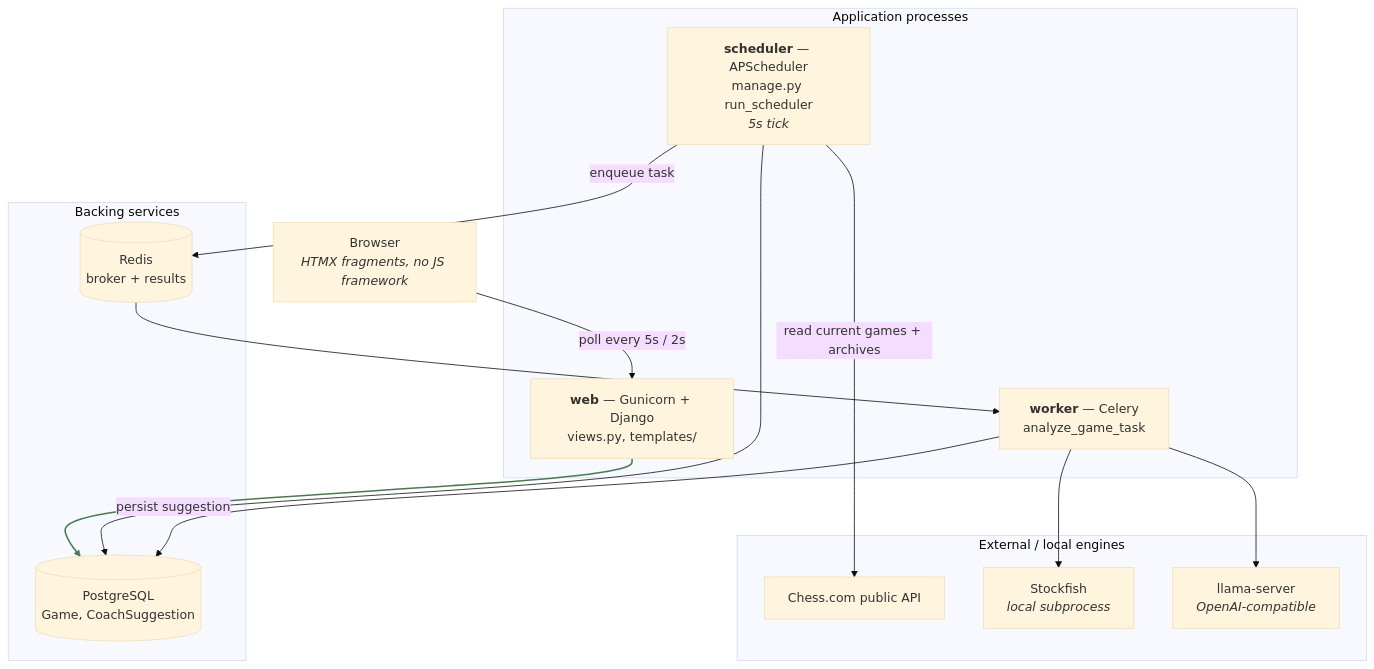
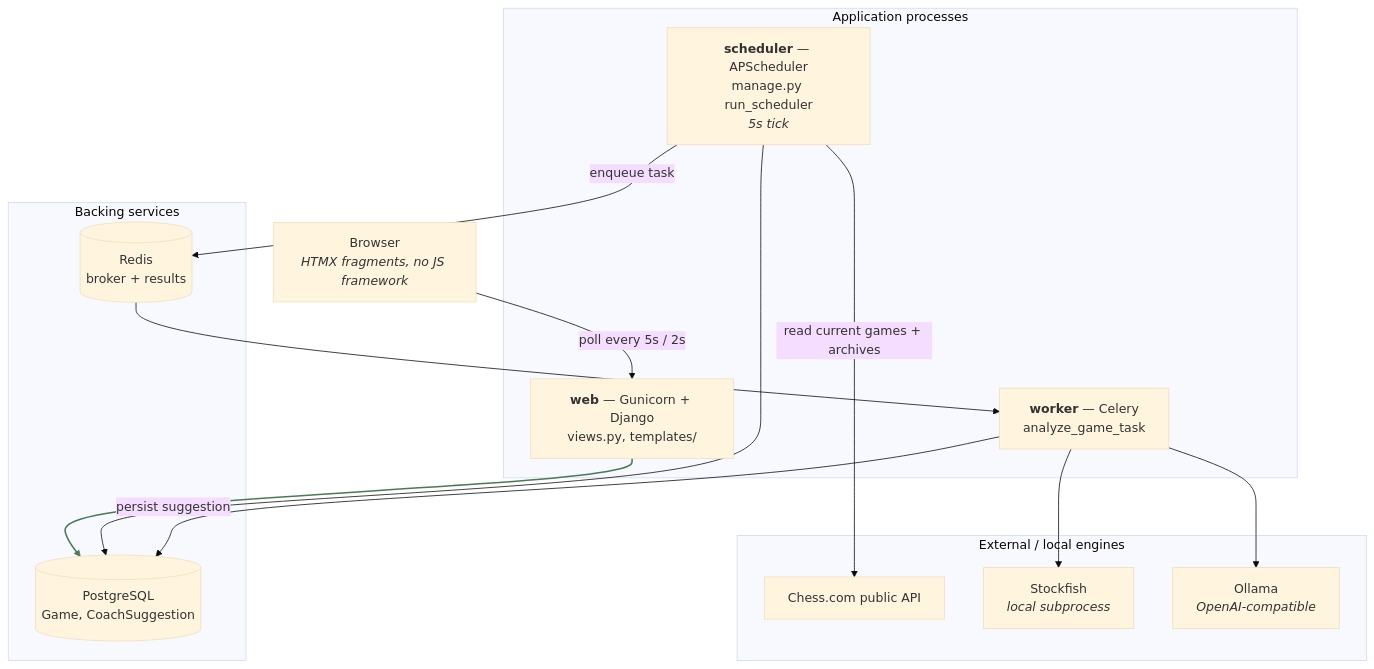
Before and after one commit to gab-25/chessdotcom_ai_coach: the first of 2 diagrams in docs/architecture.md, drawn with Mermaid (base theme). The commit also changed 13 other files, not shown here.

Commit message:
Go back to Ollama as the LLM runtime to free RAM between analyses (#42)

````diff
--- a/docs/architecture.md
+++ b/docs/architecture.md
@@ -14,33 +14,33 @@
 ```mermaid
 graph TD
     Browser["Browser<br/><i>HTMX fragments, no JS framework</i>"]
 
     subgraph app["Application processes"]
         Web["<b>web</b> — Gunicorn + Django<br/>views.py, templates/"]
         Sched["<b>scheduler</b> — APScheduler<br/>manage.py run_scheduler<br/><i>5s tick</i>"]
         Worker["<b>worker</b> — Celery<br/>analyze_game_task"]
     end
 
     subgraph infra["Backing services"]
         PG[("PostgreSQL<br/>Game, CoachSuggestion")]
         Redis[("Redis<br/>broker + results")]
     end
 
     subgraph ext["External / local engines"]
         ChessCom["Chess.com public API"]
         SF["Stockfish<br/><i>local subprocess</i>"]
-        LLM["llama-server<br/><i>OpenAI-compatible</i>"]
+        LLM["Ollama<br/><i>OpenAI-compatible</i>"]
     end
 
     Browser -->|"poll every 5s / 2s"| Web
     Web --> PG
     Sched -->|"read current games + archives"| ChessCom
     Sched --> PG
     Sched -->|"enqueue task"| Redis
     Redis --> Worker
     Worker --> SF
     Worker --> LLM
     Worker -->|"persist suggestion"| PG
 
     linkStyle 1 stroke:#4a7a52,stroke-width:2px
 ```
````
